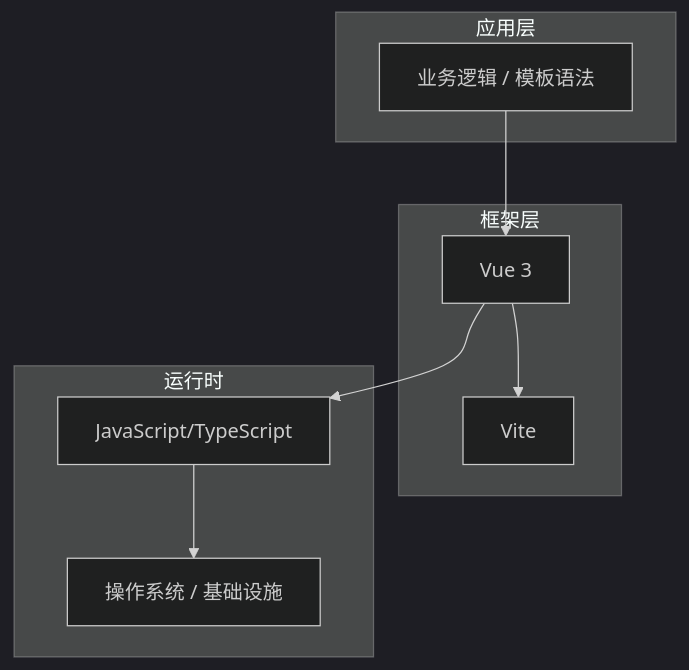
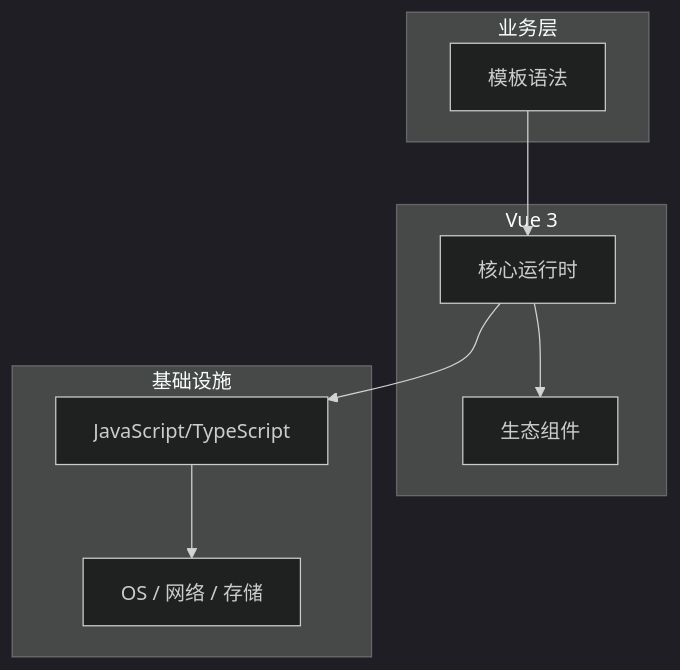
Before and after one commit to yanggan2015/knowledge-json-v2: the diagram in articles/Vue/chapters/008-模板语法核心概念与原理.md, drawn with Mermaid (dark theme). The commit also changed other lines of this file and 10127 other files, not shown here.

````diff
--- a/articles/Vue/chapters/008-模板语法核心概念与原理.md
+++ b/articles/Vue/chapters/008-模板语法核心概念与原理.md
@@ -45,18 +34,18 @@
 ```mermaid
 graph TB
-    subgraph 应用层
-        A[业务逻辑 / 模板语法]
+    subgraph 业务层
+        A[模板语法]
     end
-    subgraph 框架层
-        B[Vue 3]
-        C[Vite]
+    subgraph Vue 3
+        B[核心运行时]
+        C[生态组件]
     end
-    subgraph 运行时
+    subgraph 基础设施
         D[JavaScript/TypeScript]
-        E[操作系统 / 基础设施]
+        E[OS / 网络 / 存储]
     end
     A --> B
     B --> C
     B --> D
     D --> E
 ```
````
